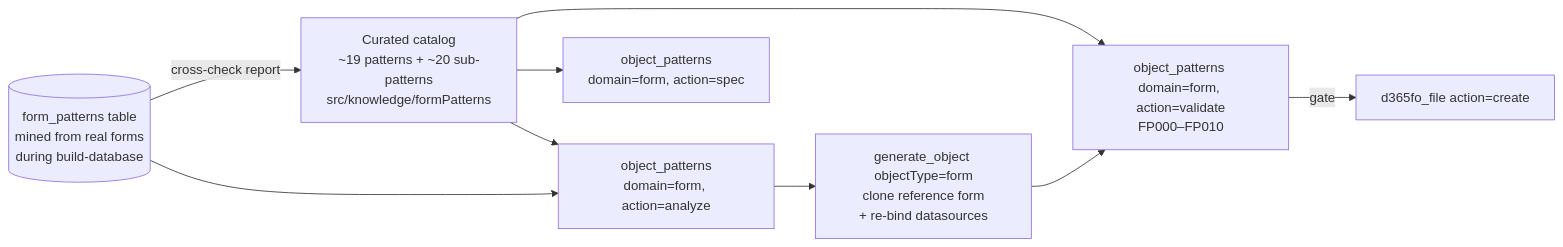
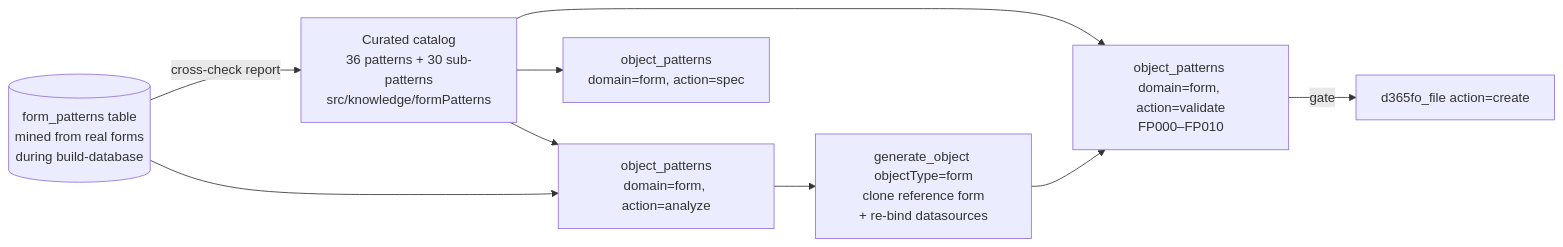
One commit to dynamics365ninja/d365fo-mcp-server changed the third of 6 diagrams in docs/ARCHITECTURE.md. Above: the diagram before and after it, drawn with Mermaid. The commit also changed other lines of this file and 9 other files, not shown here.

````diff
--- a/docs/ARCHITECTURE.md
+++ b/docs/ARCHITECTURE.md
@@ -103,11 +103,11 @@
 ```mermaid
 flowchart LR
-    CAT["Curated catalog\n~19 patterns + ~20 sub-patterns\nsrc/knowledge/formPatterns"] --> ADV[object_patterns\ndomain=form, action=analyze]
+    CAT["Curated catalog\n36 patterns + 30 sub-patterns\nsrc/knowledge/formPatterns"] --> ADV[object_patterns\ndomain=form, action=analyze]
     CAT --> SPEC[object_patterns\ndomain=form, action=spec]
     CAT --> VAL[object_patterns domain=form, action=validate\nFP000–FP010]
     MINE[("form_patterns table\nmined from real forms\nduring build-database")] --> ADV
     MINE -->|cross-check report| CAT
     ADV --> GEN["generate_object objectType=form\nclone reference form\n+ re-bind datasources"]
     GEN --> VAL
     VAL -->|gate| WRITE[d365fo_file action=create]
 ```
````
